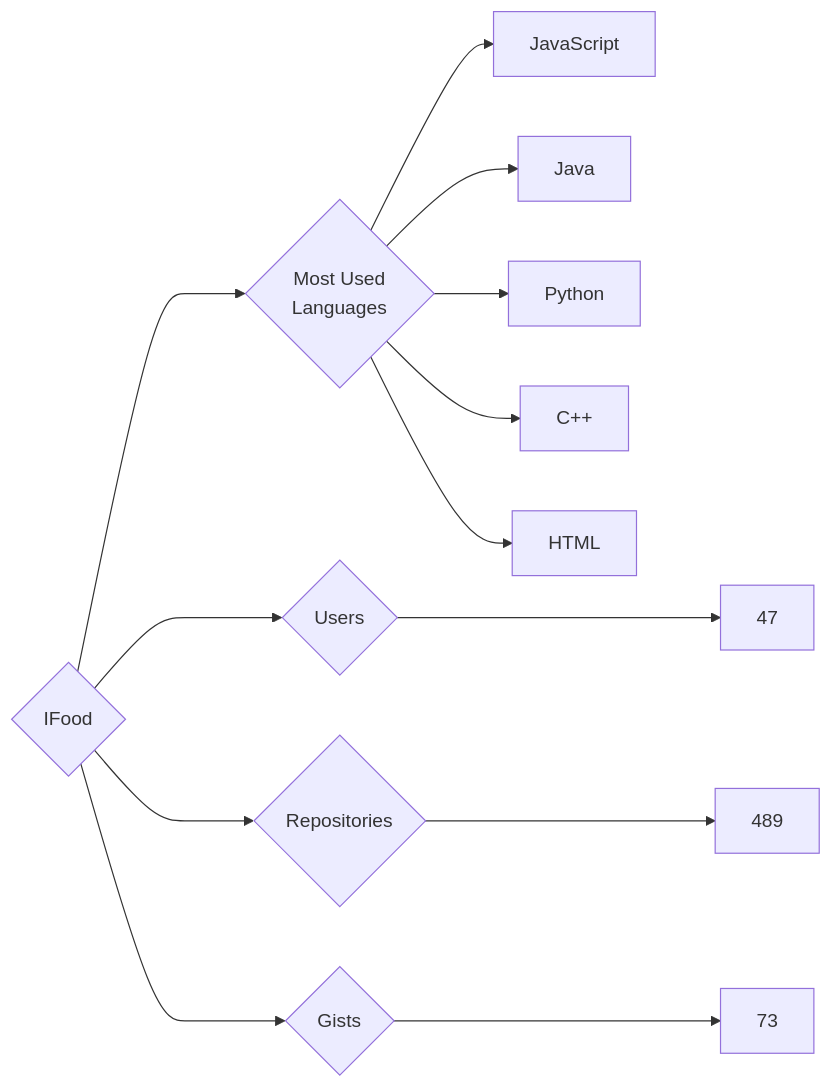
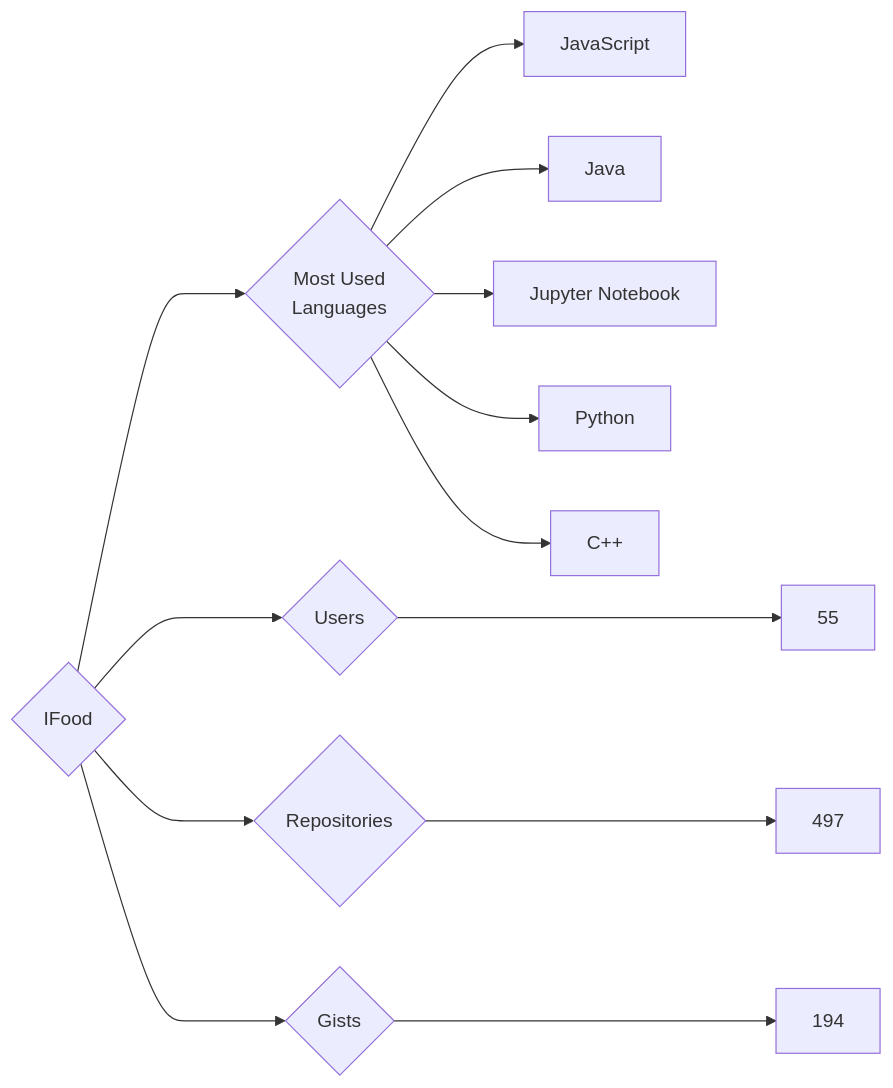
Before and after one commit to trickest/insiders: the diagram in targets/IFood/README.md, drawn with Mermaid. The commit also changed 984 other files, not shown here.

````diff
--- a/targets/IFood/README.md
+++ b/targets/IFood/README.md
@@ -3,13 +3,13 @@
 ```mermaid
 graph LR
 COMPANY_NAME{IFood}
-COMPANY_NAME ---> U{Users} ---> UN[47]
-COMPANY_NAME ---> R{Repositories} ---> RN[489]
-COMPANY_NAME ---> G{Gists} ---> GN[73]
+COMPANY_NAME ---> U{Users} ---> UN[55]
+COMPANY_NAME ---> R{Repositories} ---> RN[497]
+COMPANY_NAME ---> G{Gists} ---> GN[194]
 COMPANY_NAME ---> ML{Most Used<br>Languages}
 ML --> JavaScript[JavaScript]
 ML --> Java[Java]
+ML --> Jupyter_Notebook[Jupyter Notebook]
 ML --> Python[Python]
 ML --> C++[C++]
-ML --> HTML[HTML]
 ```
````
